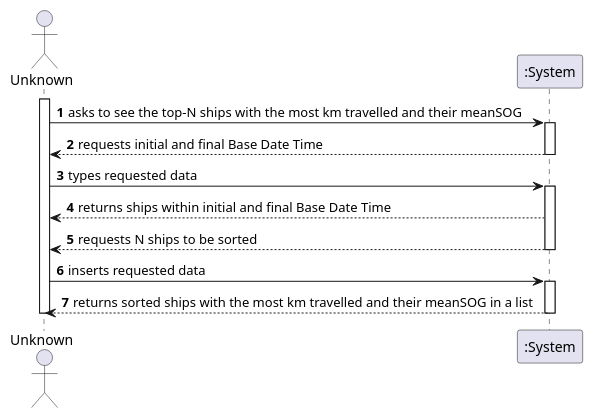
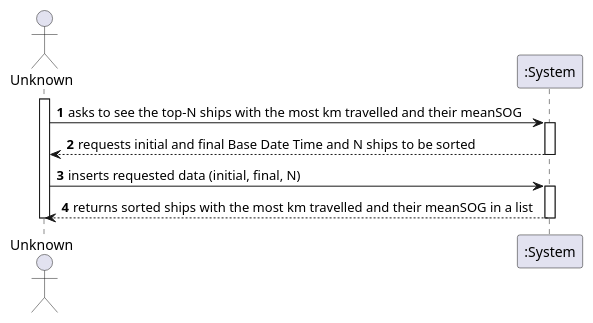
Before and after one commit to ana-albergaria/LAPR3-ISEP: the diagram in docs/US106/US106_SSD.puml, drawn with PlantUML. The commit also changed 6 other files, not shown here.

```diff
--- a/docs/US106/US106_SSD.puml
+++ b/docs/US106/US106_SSD.puml
@@ -1,27 +1,17 @@
 @startuml
 autonumber
 actor "Unknown" as OE
 
 activate OE
 OE -> ":System" : asks to see the top-N ships with the most km travelled and their meanSOG
 activate ":System"
-":System" --> OE : requests initial and final Base Date Time
+":System" --> OE : requests initial and final Base Date Time and N ships to be sorted
 deactivate ":System"
-
-OE -> ":System" : types requested data
-activate ":System"
-
-":System" --> OE : returns ships within initial and final Base Date Time
-
-":System" --> OE : requests N ships to be sorted
-deactivate ":System"
-
-
-OE -> ":System" : inserts requested data
+OE -> ":System" : inserts requested data (initial, final, N)
 activate ":System"
 
 ":System" --> OE : returns sorted ships with the most km travelled and their meanSOG in a list
 deactivate ":System"
 deactivate OE
 
 @enduml
```
